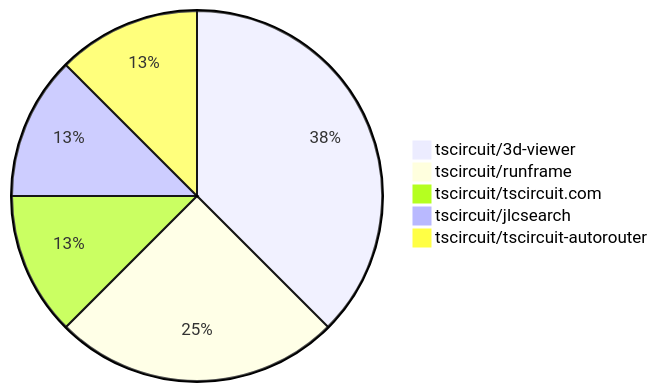
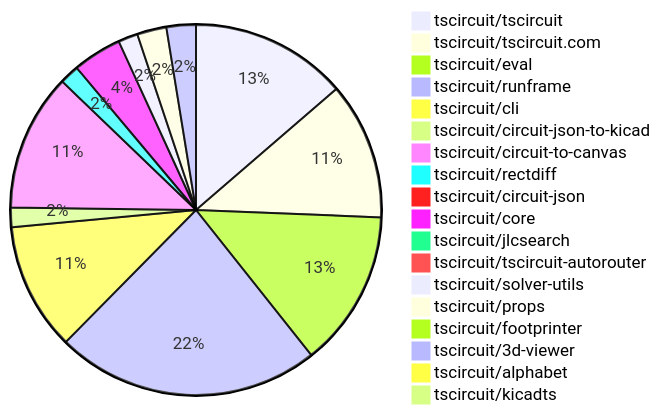
The first of 2 diagrams in contribution-overviews/2025-12-17.md (tscircuit/contribution-tracker), drawn with Mermaid before and after one commit. The commit also changed other lines of this file and 3 other files, not shown here.

````diff
--- a/contribution-overviews/2025-12-17.md
+++ b/contribution-overviews/2025-12-17.md
@@ -12,8 +12,21 @@
 ```mermaid
 pie
-    "tscircuit/3d-viewer" : 3
-    "tscircuit/runframe" : 2
-    "tscircuit/tscircuit.com" : 1
+    "tscircuit/tscircuit" : 16
+    "tscircuit/tscircuit.com" : 14
+    "tscircuit/eval" : 16
+    "tscircuit/runframe" : 27
+    "tscircuit/cli" : 13
+    "tscircuit/circuit-json-to-kicad" : 2
+    "tscircuit/circuit-to-canvas" : 14
+    "tscircuit/rectdiff" : 2
+    "tscircuit/circuit-json" : 1
+    "tscircuit/core" : 5
     "tscircuit/jlcsearch" : 1
     "tscircuit/tscircuit-autorouter" : 1
+    "tscircuit/solver-utils" : 2
+    "tscircuit/props" : 3
+    "tscircuit/footprinter" : 1
+    "tscircuit/3d-viewer" : 3
+    "tscircuit/alphabet" : 1
+    "tscircuit/kicadts" : 1
 ```
````
